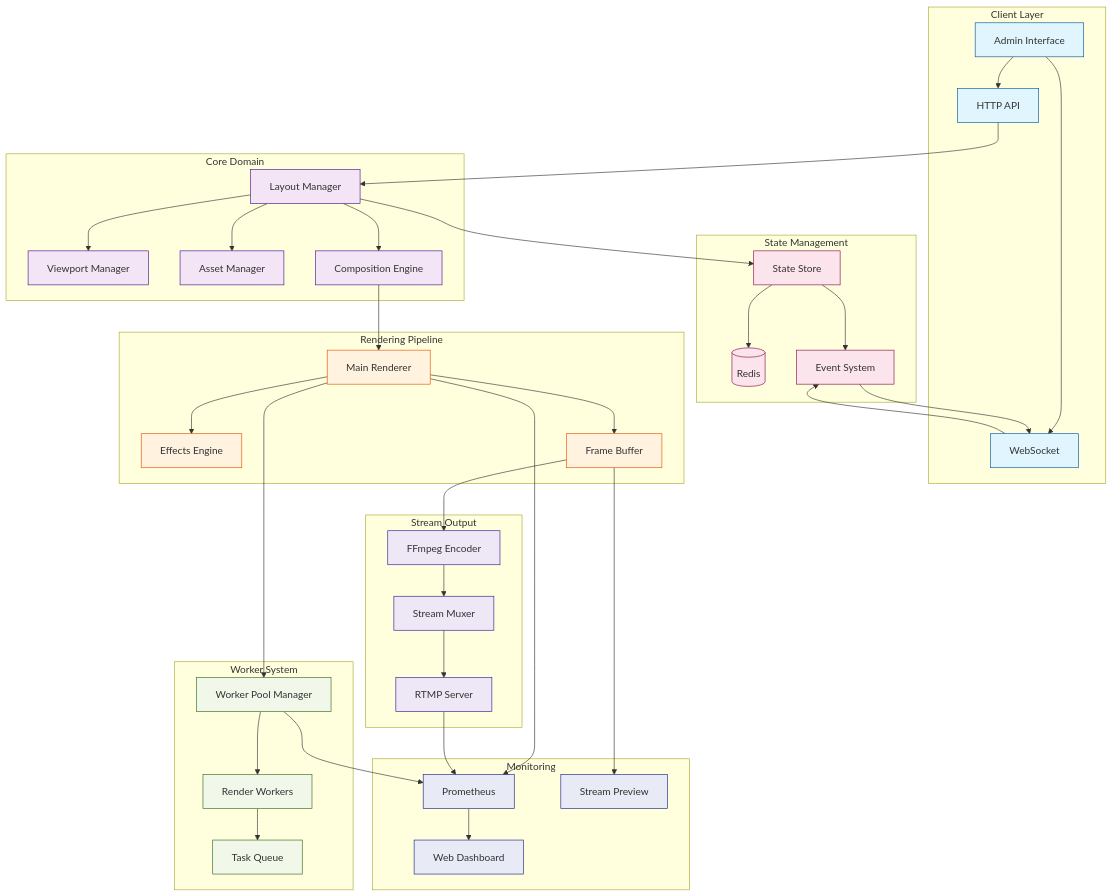
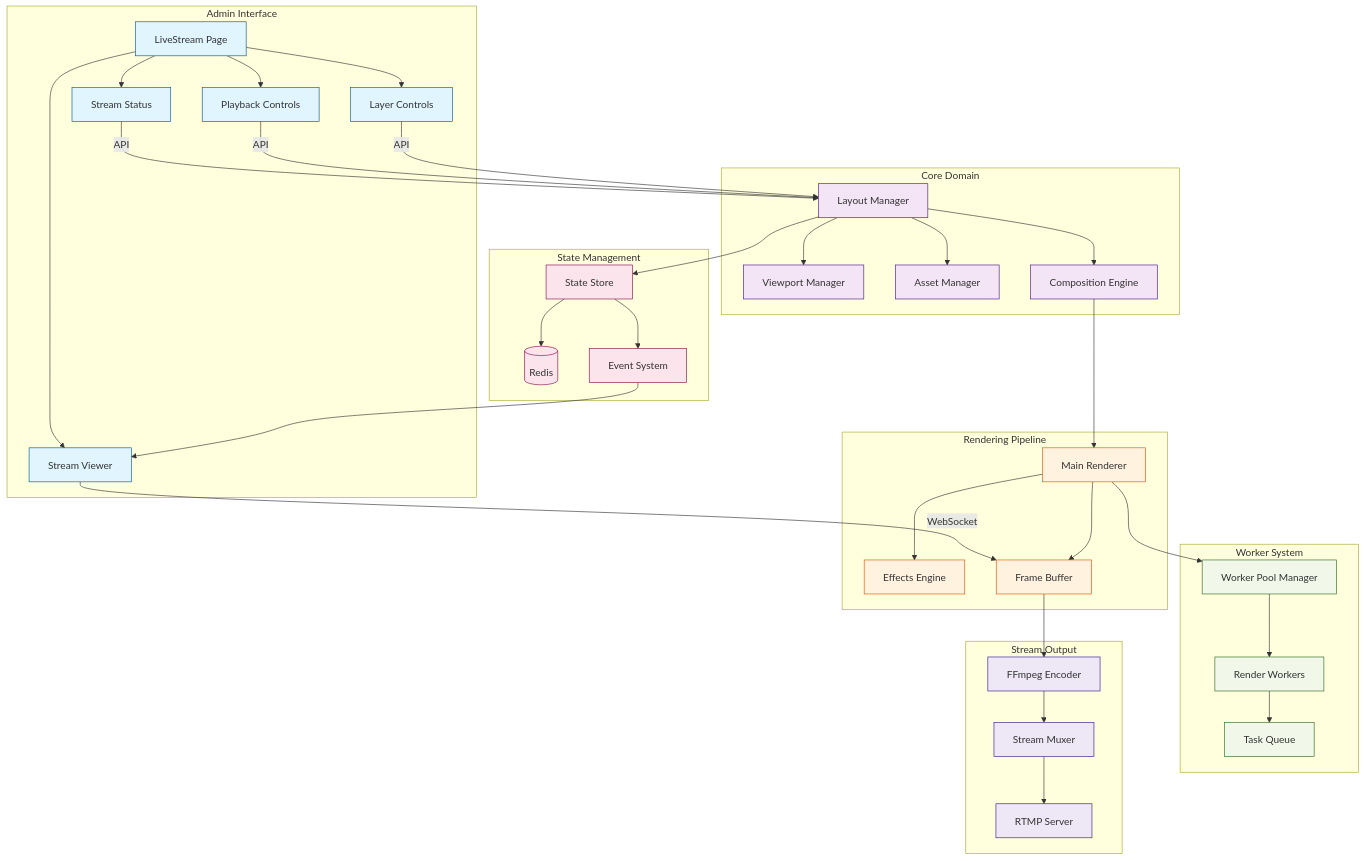
Before and after one commit to bigshellpliskin/sothebais: the first of 4 diagrams in apps/stream-manager/src/README.md, drawn with Mermaid. The commit also changed other lines of this file and 15 other files, not shown here.

First line of the commit message:
Implement Comprehensive Worker Pool and Monitoring System

````diff
--- a/apps/stream-manager/src/README.md
+++ b/apps/stream-manager/src/README.md
@@ -81,9 +82,11 @@
 ```mermaid
 graph TB
-    subgraph Client ["Client Layer"]
-        Admin[Admin Interface]
-        API[HTTP API]
-        WS[WebSocket]
+    subgraph Admin ["Admin Interface"]
+        UI[LiveStream Page]
+        Status[Stream Status]
+        Preview[Stream Viewer]
+        Controls[Playback Controls]
+        Layers[Layer Controls]
     end
 
     subgraph Core ["Core Domain"]
@@ -117,62 +120,47 @@
         Muxer[Stream Muxer]
     end
 
-    subgraph Monitor ["Monitoring"]
-        Dashboard[Web Dashboard]
-        Metrics[Prometheus]
-        Preview[Stream Preview]
-    end
+    UI --> Status
+    UI --> Preview
+    UI --> Controls
+    UI --> Layers
+    
+    Status -->|API| Layout
+    Preview -->|WebSocket| FrameBuffer
+    Controls -->|API| Layout
+    Layers -->|API| Layout
 
-    %% Client Layer Connections
-    Admin --> API
-    Admin --> WS
-    API --> Layout
-    WS --> Events
-
-    %% Core Domain Connections
     Layout --> Viewport
     Layout --> Assets
     Layout --> Composition
     Composition --> Renderer
 
-    %% Rendering Pipeline Connections
     Renderer --> WorkerPool
     Renderer --> Effects
     Renderer --> FrameBuffer
     WorkerPool --> RenderWorkers
     RenderWorkers --> TaskQueue
 
-    %% State Management
     Layout --> Store
     Store --> Redis
     Store --> Events
-    Events --> WS
+    Events --> Preview
 
-    %% Stream Output
     FrameBuffer --> Encoder
     Encoder --> Muxer
     Muxer --> RTMP
 
-    %% Monitoring
-    Renderer --> Metrics
-    WorkerPool --> Metrics
-    RTMP --> Metrics
-    Metrics --> Dashboard
-    FrameBuffer --> Preview
-
-    classDef client fill:#e1f5fe,stroke:#01579b;
+    classDef admin fill:#e1f5fe,stroke:#01579b;
     classDef core fill:#f3e5f5,stroke:#4a148c;
     classDef rendering fill:#fff3e0,stroke:#e65100;
     classDef workers fill:#f1f8e9,stroke:#33691e;
     classDef state fill:#fce4ec,stroke:#880e4f;
     classDef stream fill:#ede7f6,stroke:#311b92;
-    classDef monitor fill:#e8eaf6,stroke:#1a237e;
 
-    class Admin,API,WS client;
+    class UI,Status,Preview,Controls,Layers admin;
     class Layout,Viewport,Assets,Composition core;
     class Renderer,Effects,FrameBuffer rendering;
     class WorkerPool,RenderWorkers,TaskQueue workers;
     class Store,Redis,Events state;
     class RTMP,Encoder,Muxer stream;
-    class Dashboard,Metrics,Preview monitor;
 ```
````
